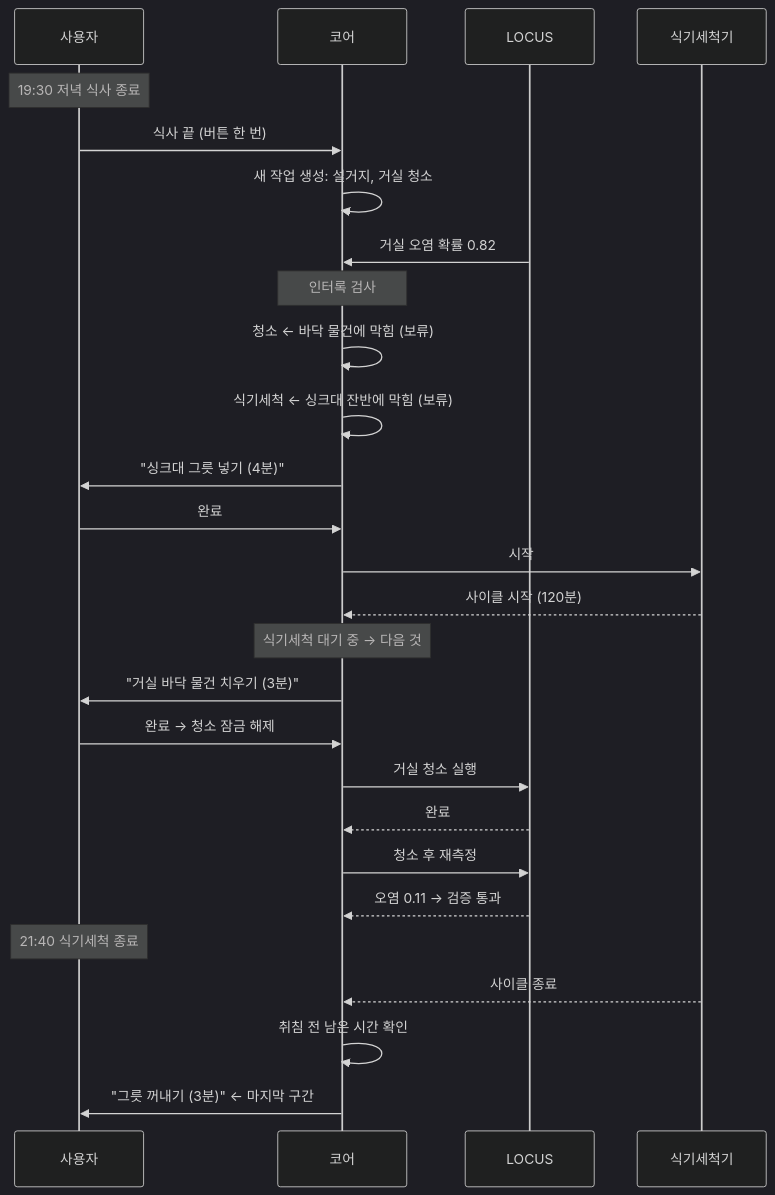
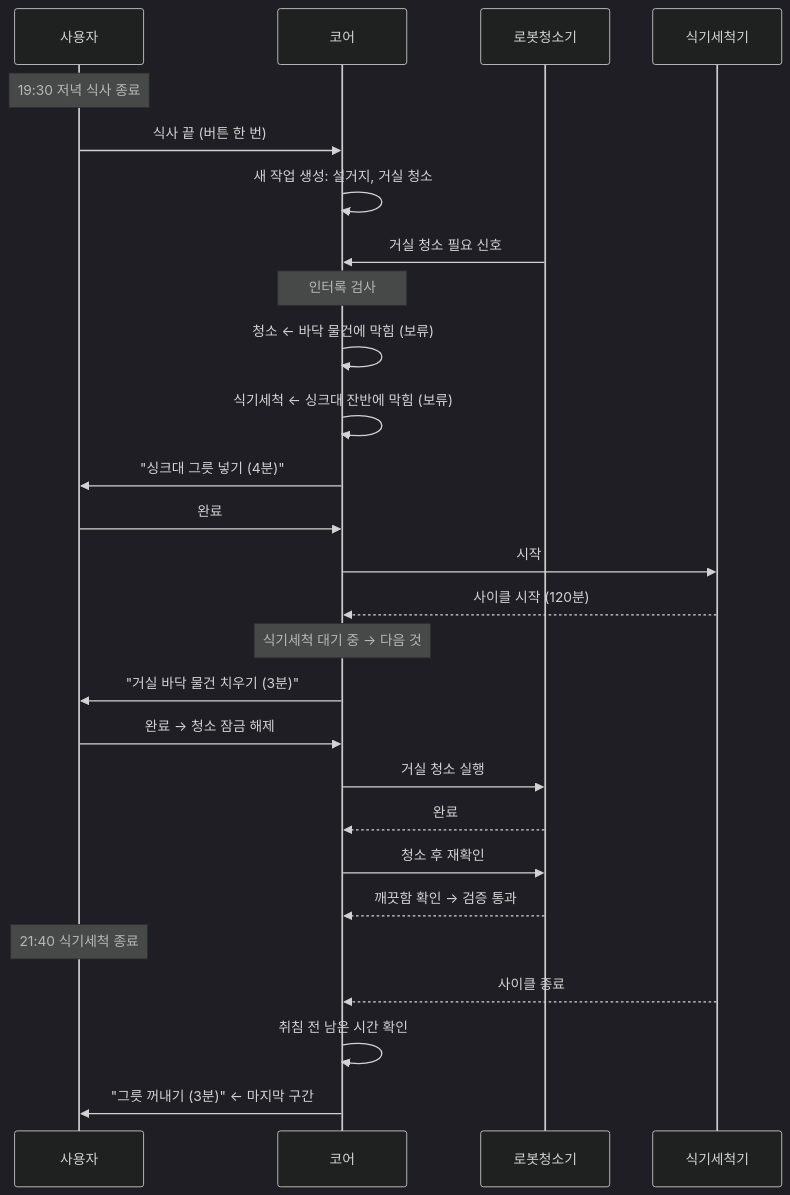
The second of 2 diagrams in docs/ideas/가사-파이프라인-병목.md (iejunkimu/lg-home-ai-team), drawn with Mermaid (dark theme) before and after one commit. The commit also changed other lines of this file, not shown here.

````diff
--- a/docs/ideas/가사-파이프라인-병목.md
+++ b/docs/ideas/가사-파이프라인-병목.md
@@ -287,34 +291,34 @@
 ```mermaid
 sequenceDiagram
     participant U as 사용자
     participant C as 코어
-    participant L as LOCUS
+    participant R as 로봇청소기
     participant D as 식기세척기
 
     Note over U: 19:30 저녁 식사 종료
     U->>C: 식사 끝 (버튼 한 번)
     C->>C: 새 작업 생성: 설거지, 거실 청소
-    L->>C: 거실 오염 확률 0.82
+    R->>C: 거실 청소 필요 신호
 
     Note over C: 인터록 검사
     C->>C: 청소 ← 바닥 물건에 막힘 (보류)
     C->>C: 식기세척 ← 싱크대 잔반에 막힘 (보류)
     C->>U: "싱크대 그릇 넣기 (4분)"
 
     U->>C: 완료
     C->>D: 시작
     D-->>C: 사이클 시작 (120분)
 
     Note over C: 식기세척 대기 중 → 다음 것
     C->>U: "거실 바닥 물건 치우기 (3분)"
     U->>C: 완료 → 청소 잠금 해제
-    C->>L: 거실 청소 실행
-    L-->>C: 완료
-    C->>L: 청소 후 재측정
-    L-->>C: 오염 0.11 → 검증 통과
+    C->>R: 거실 청소 실행
+    R-->>C: 완료
+    C->>R: 청소 후 재확인
+    R-->>C: 깨끗함 확인 → 검증 통과
 
     Note over U: 21:40 식기세척 종료
     D-->>C: 사이클 종료
     C->>C: 취침 전 남은 시간 확인
     C->>U: "그릇 꺼내기 (3분)" ← 마지막 구간
 ```
````
